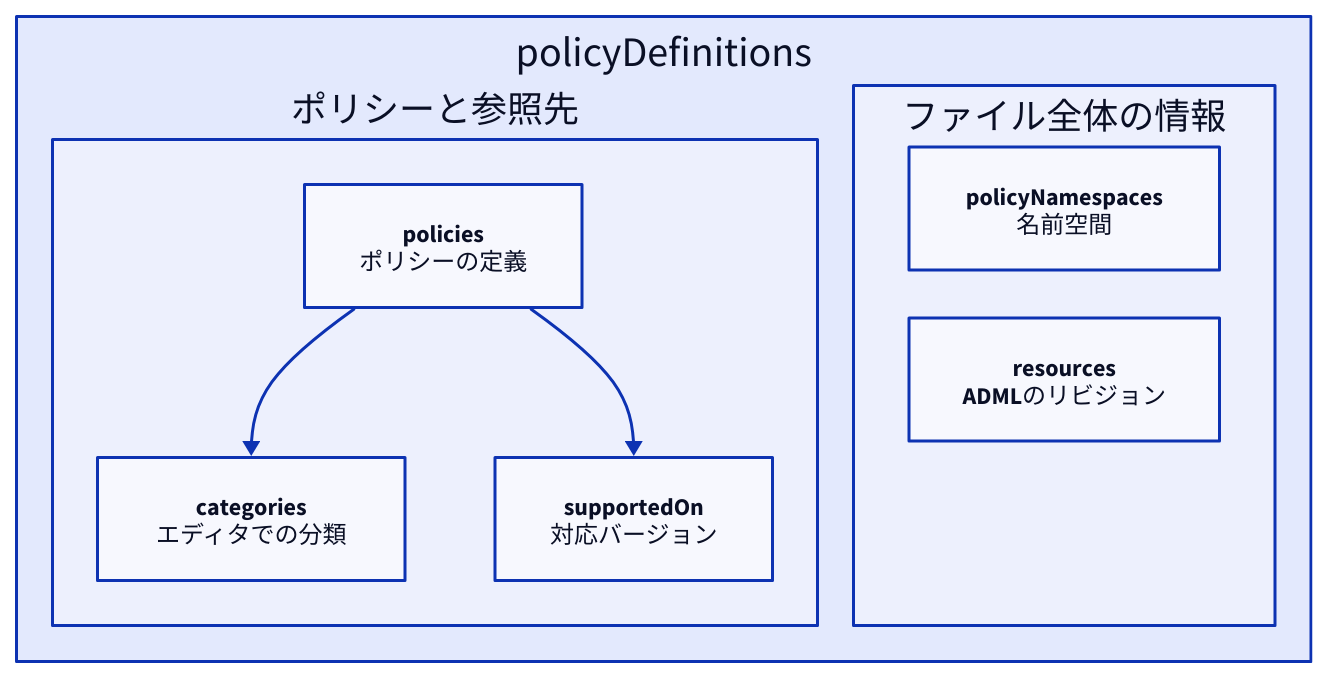
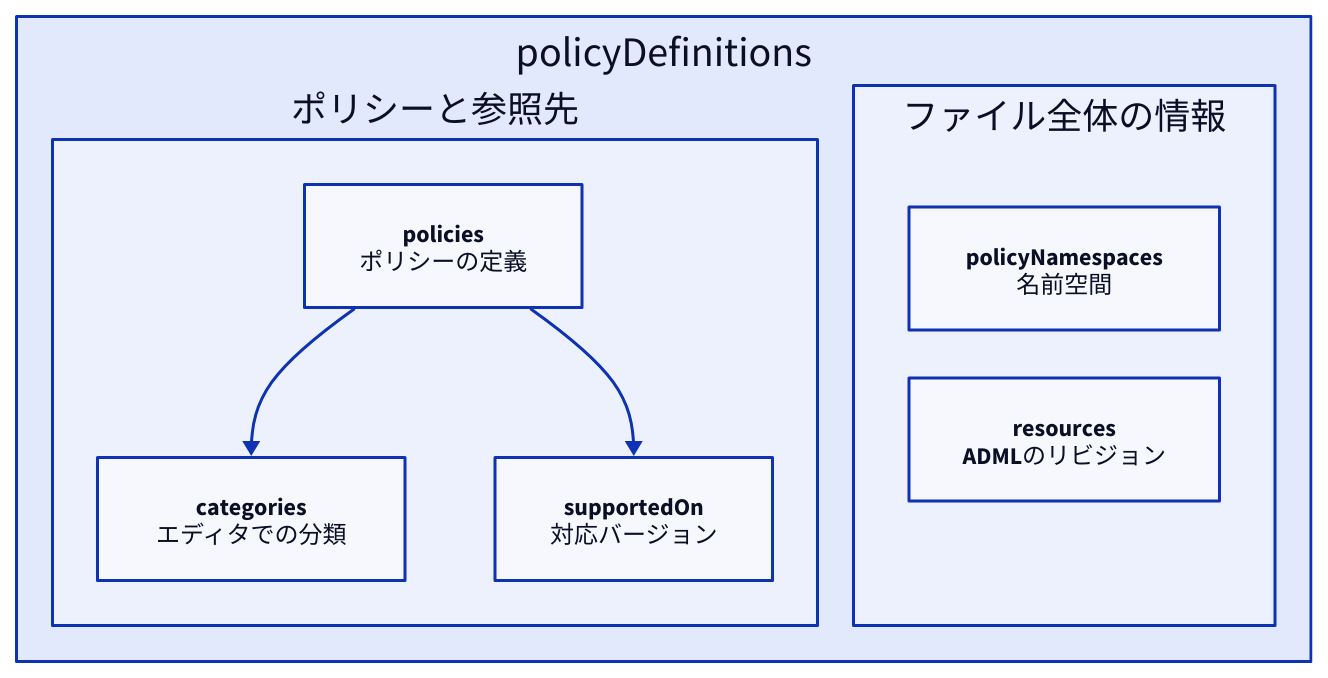
Before and after one commit to kenchan0130/kenchan0130.github.io: the fourth of 8 diagrams in src/content/posts/2026-10-05-1.mdx, drawn with D2. The commit also changed other lines of this file, not shown here.

First line of the commit message:
Center short diagram boxes vertically in the ADMX article

````diff
--- a/src/content/posts/2026-10-05-1.mdx
+++ b/src/content/posts/2026-10-05-1.mdx
@@ -186,20 +188,21 @@
 ```d2 title="policyDefinitionsの5つの子要素。policiesの各ポリシーがcategoriesの分類とsupportedOnの対応バージョンを参照し、policyNamespacesとresourcesはファイル全体の情報を持つ"
 admx: policyDefinitions {
   grid-columns: 2
   grid-gap: 24
   defs: ポリシーと参照先 {
     direction: down
     pol: "policies\nポリシーの定義"
     cat: "categories\nエディタでの分類"
     sup: "supportedOn\n対応バージョン"
     pol -> cat
     pol -> sup
   }
   meta: ファイル全体の情報 {
+    height: 350
     grid-rows: 2
     grid-gap: 32
     ns: "policyNamespaces\n名前空間"
     res: "resources\nADMLのリビジョン"
   }
 }
 ```
````
